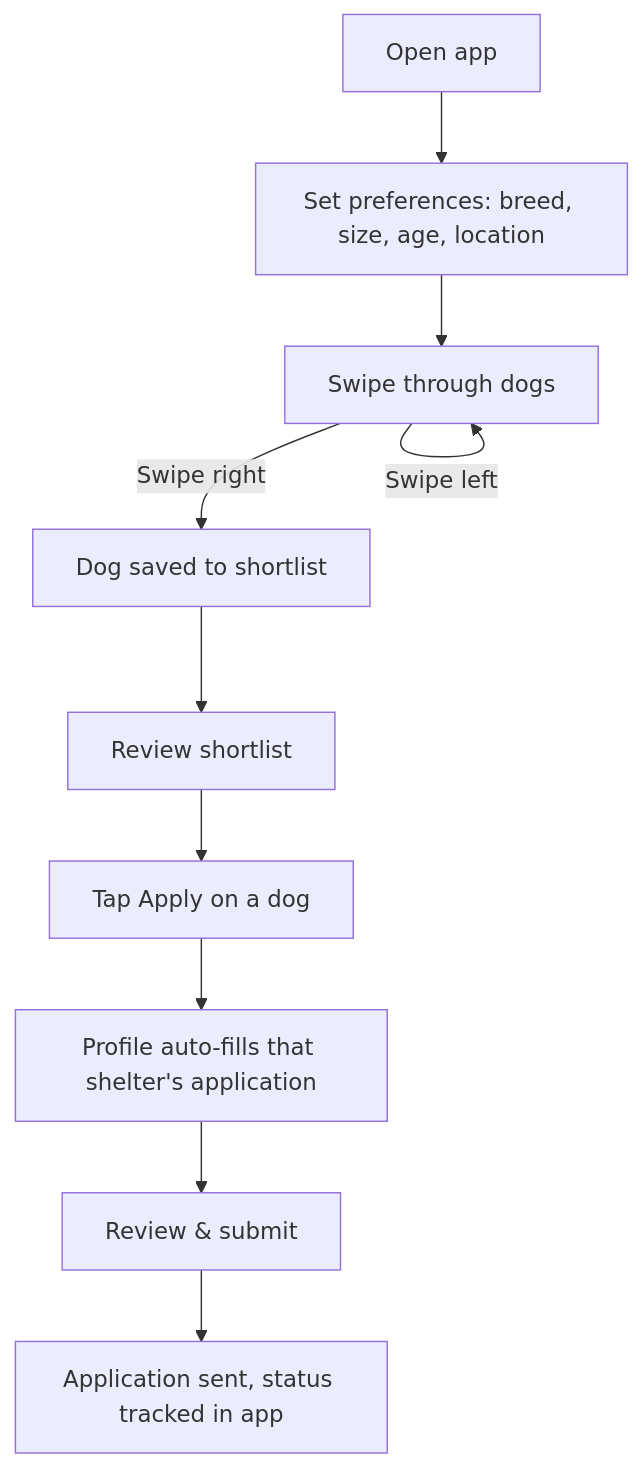
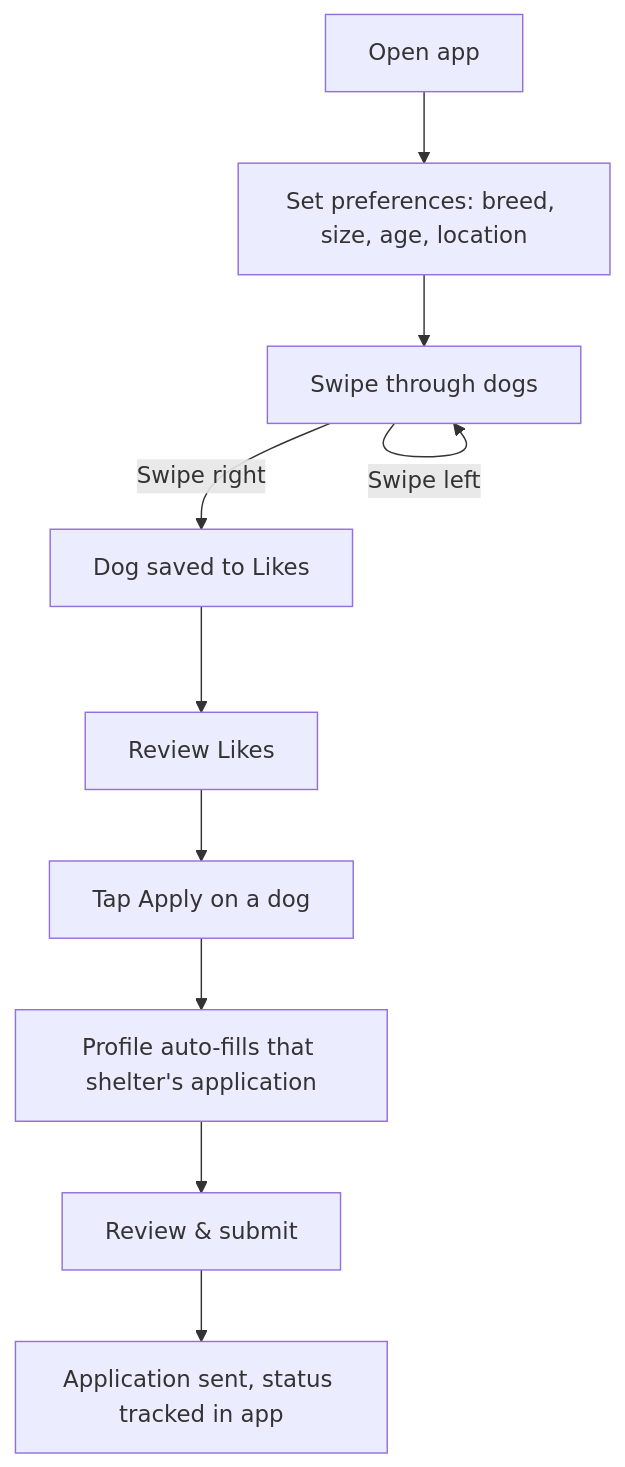
The first of 5 diagrams in docs/PLAN.md (alexyung14-afk/pawswipe), drawn with Mermaid before and after one commit. The commit also changed other lines of this file and 12 other files, not shown here.

First line of the commit message:
Rename shortlist to likes throughout; add remove-from-likes

````diff
--- a/docs/PLAN.md
+++ b/docs/PLAN.md
@@ -35,12 +35,12 @@
 ```mermaid
 flowchart TD
     A[Open app] --> B[Set preferences: breed, size, age, location]
     B --> C[Swipe through dogs]
-    C -->|Swipe right| D[Dog saved to shortlist]
+    C -->|Swipe right| D[Dog saved to Likes]
     C -->|Swipe left| C
-    D --> E[Review shortlist]
+    D --> E[Review Likes]
     E --> F[Tap Apply on a dog]
     F --> G[Profile auto-fills that shelter's application]
     G --> H[Review & submit]
     H --> I[Application sent, status tracked in app]
 ```
````
